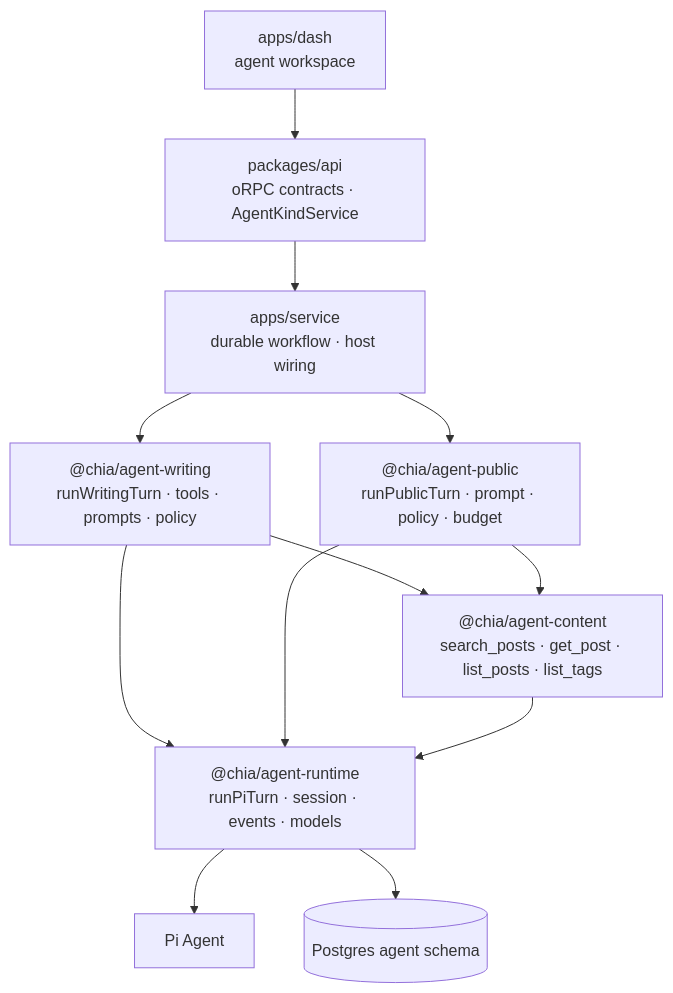
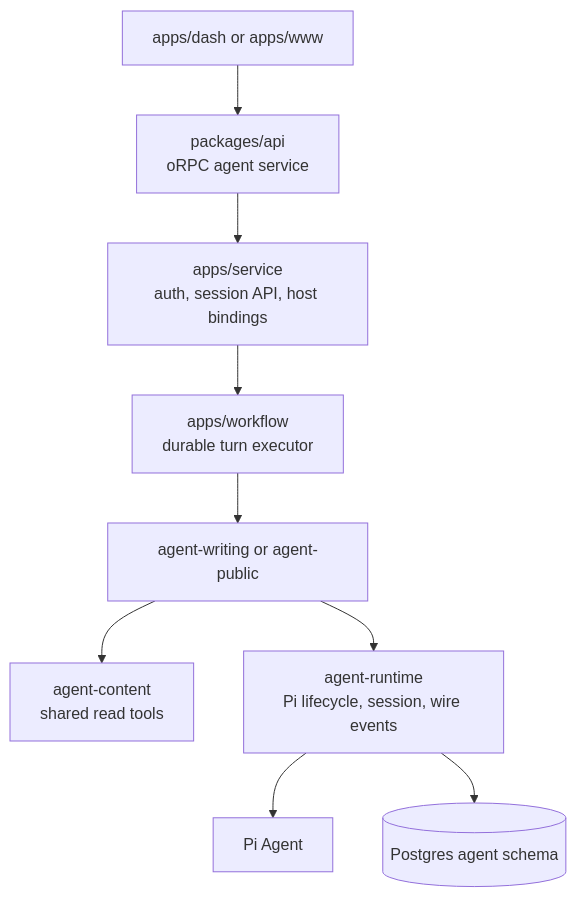
One commit to Chia1104/chia1104.dev changed the first of 3 diagrams in docs/agent-architecture.md. Above: the diagram before and after it, drawn with Mermaid. The commit also changed other lines of this file and 4 other files, not shown here.

````diff
--- a/docs/agent-architecture.md
+++ b/docs/agent-architecture.md
@@ -24,14 +22,11 @@
 ```mermaid
 flowchart TB
-    dash["apps/dash<br/>agent workspace"] --> api["packages/api<br/>oRPC contracts · AgentKindService"]
-    api --> service["apps/service<br/>durable workflow · host wiring"]
-    service --> writing["@chia/agent-writing<br/>runWritingTurn · tools · prompts · policy"]
-    service --> public["@chia/agent-public<br/>runPublicTurn · prompt · policy · budget"]
-    writing --> content["@chia/agent-content<br/>search_posts · get_post · list_posts · list_tags"]
-    public --> content
-    writing --> runtime["@chia/agent-runtime<br/>runPiTurn · session · events · models"]
-    public --> runtime
-    content --> runtime
-    runtime --> pi["Pi Agent"]
-    runtime --> pg[("Postgres agent schema")]
+    UI[apps/dash or apps/www] --> API[packages/api<br/>oRPC agent service]
+    API --> SVC[apps/service<br/>auth, session API, host bindings]
+    SVC --> WF[apps/workflow<br/>durable turn executor]
+    WF --> KIND[agent-writing or agent-public]
+    KIND --> CONTENT[agent-content<br/>shared read tools]
+    KIND --> RUNTIME[agent-runtime<br/>Pi lifecycle, session, wire events]
+    RUNTIME --> PI[Pi Agent]
+    RUNTIME --> PG[(Postgres agent schema)]
 ```
````
